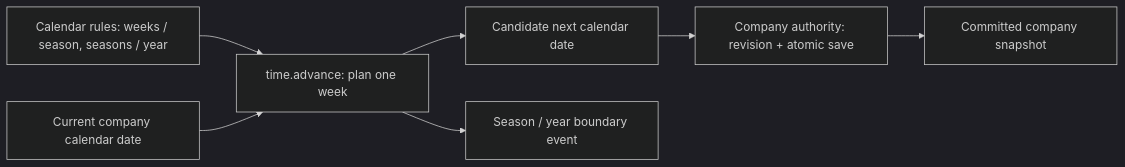
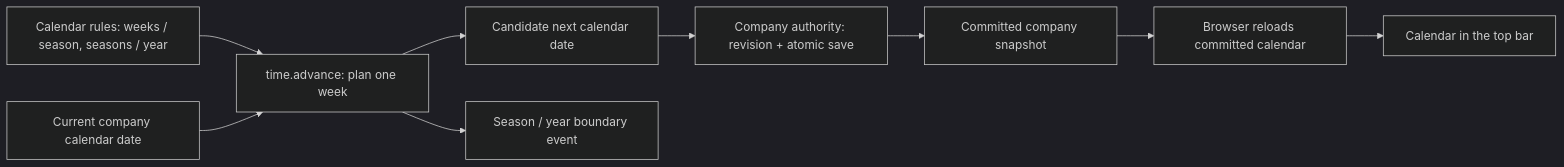
One commit to gram12321/winemaker05 changed the diagram in docs/WorkingDocs/VariableRelationshipMap.md. Above: the diagram before and after it, drawn with Mermaid (dark theme). The commit also changed other lines of this file and 27 other files, not shown here.

Commit message:
0.0005 Correction of architecture

````diff
--- a/docs/WorkingDocs/VariableRelationshipMap.md
+++ b/docs/WorkingDocs/VariableRelationshipMap.md
@@ -18,9 +18,11 @@
 ```mermaid
 flowchart LR
   RULES["Calendar rules: weeks / season, seasons / year"] --> ADVANCE["time.advance: plan one week"]
   DATE["Current company calendar date"] --> ADVANCE
   ADVANCE --> NEXT["Candidate next calendar date"]
   ADVANCE --> BOUNDARY["Season / year boundary event"]
   NEXT --> COMMIT["Company authority: revision + atomic save"]
   COMMIT --> SNAPSHOT["Committed company snapshot"]
+  SNAPSHOT --> CLIENT["Browser reloads committed calendar"]
+  CLIENT --> VIEW["Calendar in the top bar"]
 ```
````
